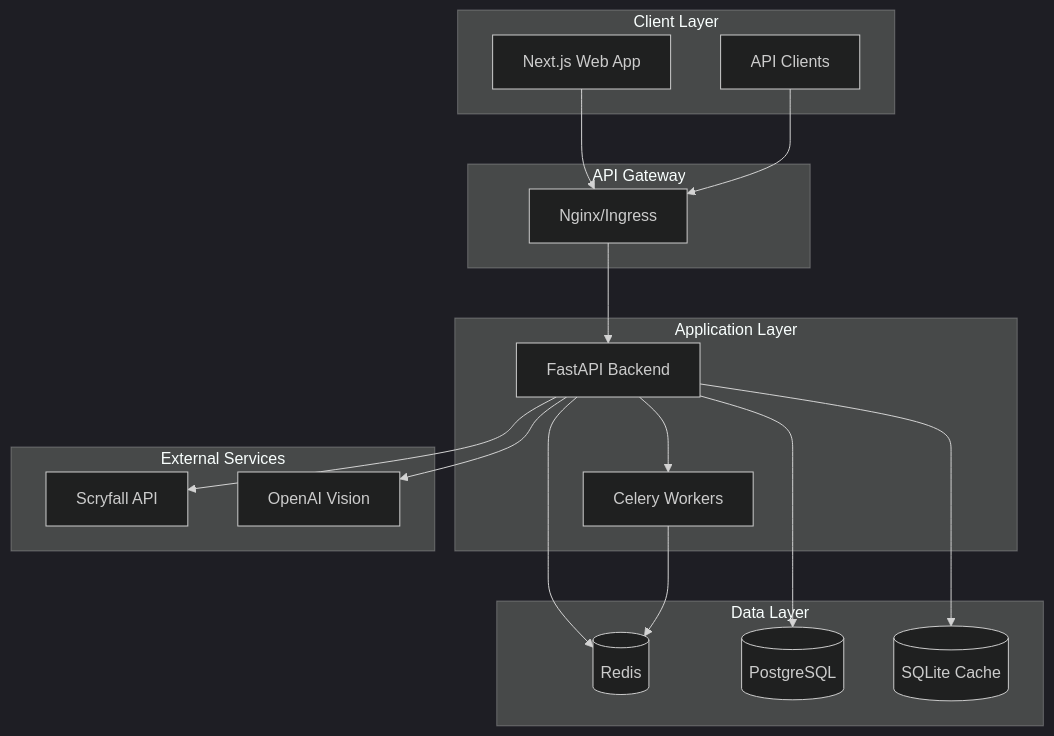
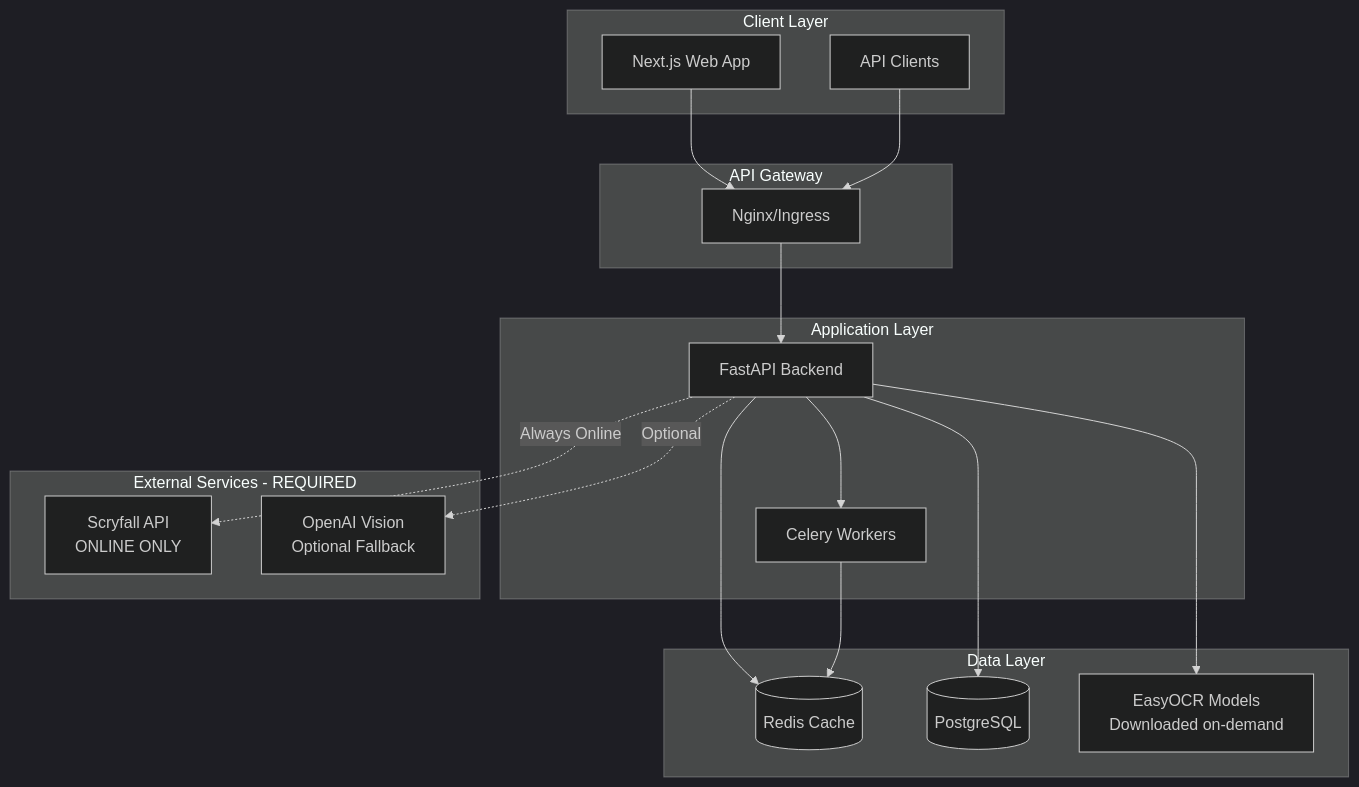
The diagram in docs/ARCHITECTURE.md (gbordes77/Screen2Deck), drawn with Mermaid (dark theme) before and after one commit. The commit also changed other lines of this file and 23 other files, not shown here.

First line of the commit message:
feat: Complete evolution to ONLINE-ONLY mode (v2.3.0)

````diff
--- a/docs/ARCHITECTURE.md
+++ b/docs/ARCHITECTURE.md
@@ -9,38 +9,38 @@
 ```mermaid
 graph TB
     subgraph "Client Layer"
         WEB[Next.js Web App]
         API_CLIENT[API Clients]
     end
     
     subgraph "API Gateway"
         NGINX[Nginx/Ingress]
     end
     
     subgraph "Application Layer"
         FASTAPI[FastAPI Backend]
         CELERY[Celery Workers]
     end
     
     subgraph "Data Layer"
-        REDIS[(Redis)]
+        REDIS[(Redis Cache)]
         POSTGRES[(PostgreSQL)]
-        SQLITE[(SQLite Cache)]
+        MODELS[EasyOCR Models<br/>Downloaded on-demand]
     end
     
-    subgraph "External Services"
-        SCRYFALL[Scryfall API]
-        OPENAI[OpenAI Vision]
+    subgraph "External Services - REQUIRED"
+        SCRYFALL[Scryfall API<br/>ONLINE ONLY]
+        OPENAI[OpenAI Vision<br/>Optional Fallback]
     end
     
     WEB --> NGINX
     API_CLIENT --> NGINX
     NGINX --> FASTAPI
     FASTAPI --> REDIS
     FASTAPI --> POSTGRES
-    FASTAPI --> SQLITE
+    FASTAPI --> MODELS
     FASTAPI --> CELERY
     CELERY --> REDIS
-    FASTAPI --> SCRYFALL
-    FASTAPI --> OPENAI
+    FASTAPI -.->|Always Online| SCRYFALL
+    FASTAPI -.->|Optional| OPENAI
 ```
````
